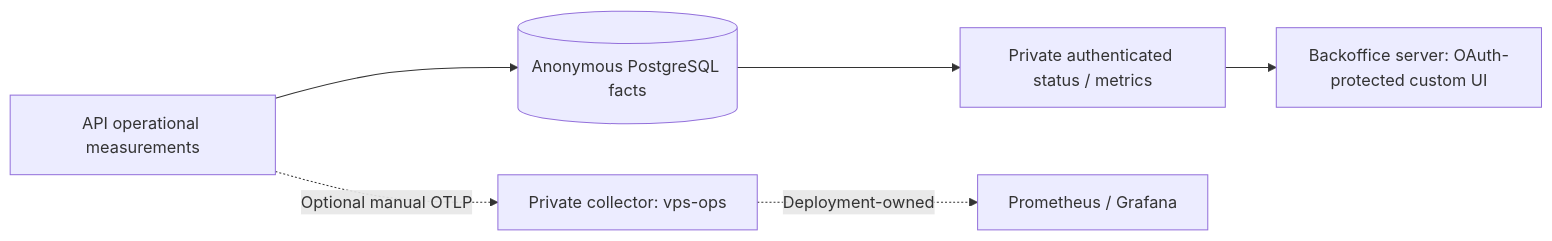
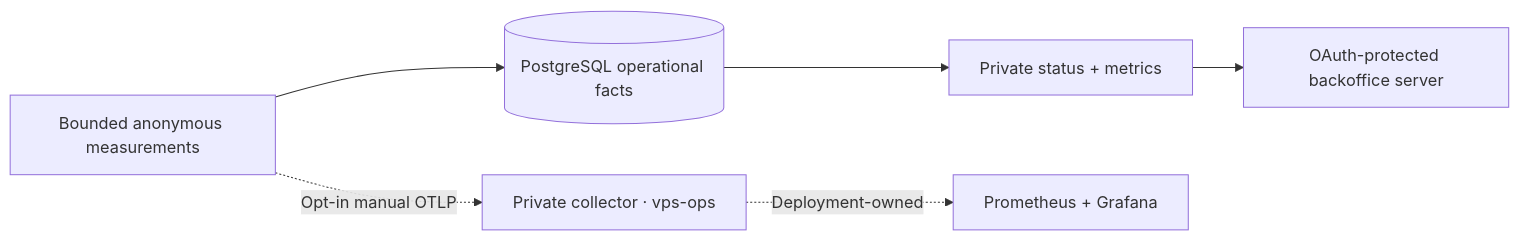
The third of 3 diagrams in README.md (gonzalomartinperez/portfolio-assistant-api), drawn with Mermaid before and after one commit. The commit also changed other lines of this file and 9 other files, not shown here.

Commit message:
docs: present assistant architecture and end-to-end visual gallery

````diff
--- a/README.md
+++ b/README.md
@@ -109,8 +187,8 @@
 ```mermaid
 flowchart LR
-    API[API operational measurements] --> DB[(Anonymous PostgreSQL facts)]
-    DB --> OPS[Private authenticated status / metrics]
-    OPS --> BO[Backoffice server: OAuth-protected custom UI]
-    API -. Optional manual OTLP .-> COL[Private collector: vps-ops]
-    COL -. Deployment-owned .-> OBS[Prometheus / Grafana]
+    API[Bounded anonymous measurements] --> DB[(PostgreSQL operational facts)]
+    DB --> OPS[Private status + metrics]
+    OPS --> BO[OAuth-protected backoffice server]
+    API -. Opt-in manual OTLP .-> COL[Private collector · vps-ops]
+    COL -. Deployment-owned .-> OBS[Prometheus + Grafana]
 ```
````
